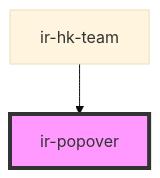
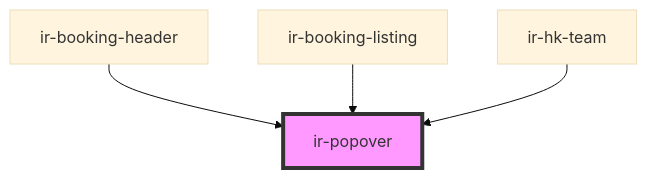
One commit to David1Chowaifaty/modified-ir-webcmp changed the diagram in src/components/ui/ir-popover/readme.md. Above: the diagram before and after it, drawn with Mermaid (base theme). The commit also changed other lines of this file and 58 other files, not shown here.

````diff
--- a/src/components/ui/ir-popover/readme.md
+++ b/src/components/ui/ir-popover/readme.md
@@ -26,5 +28,7 @@
 ```mermaid
 graph TD;
+  ir-booking-header --> ir-popover
+  ir-booking-listing --> ir-popover
   ir-hk-team --> ir-popover
   style ir-popover fill:#f9f,stroke:#333,stroke-width:4px
 ```
````
